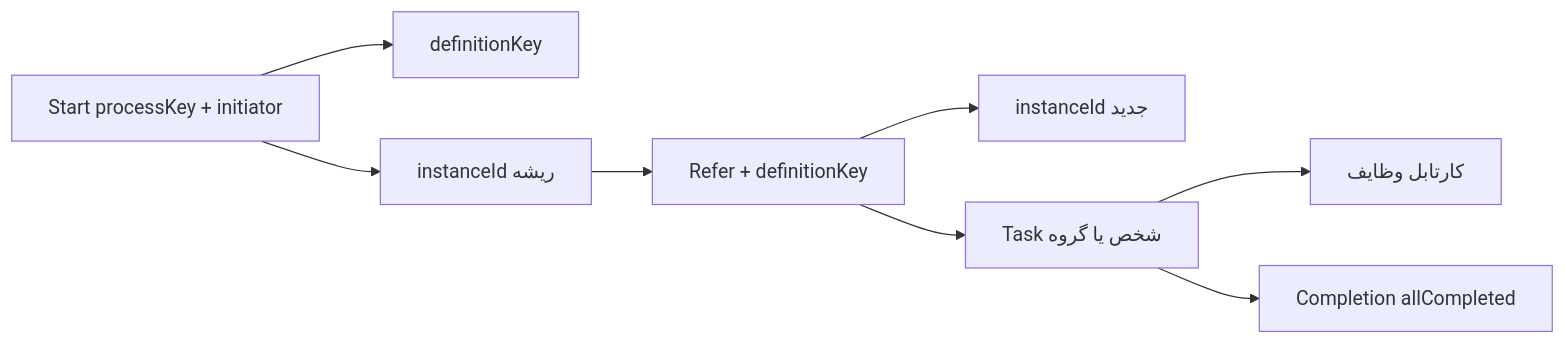
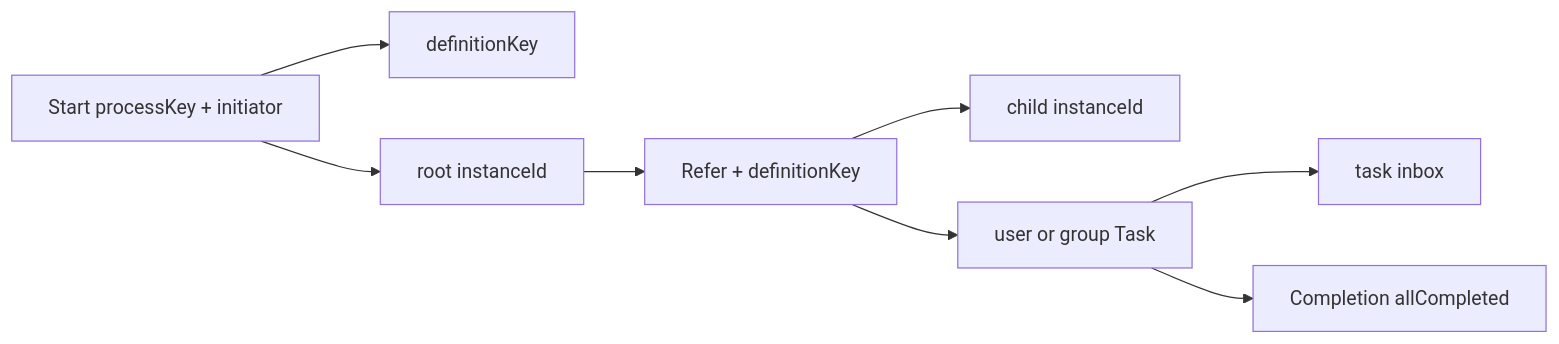
Before and after one commit to mortenaho/WorkFlowEngine: the first of 5 diagrams in docs/architecture.md, drawn with Mermaid. The commit also changed other lines of this file and 3 other files, not shown here.

````diff
--- a/docs/architecture.md
+++ b/docs/architecture.md
@@ -89,11 +109,11 @@
 ```mermaid
 flowchart LR
   start[Start processKey + initiator]
   start --> def[definitionKey]
-  start --> root[instanceId ریشه]
+  start --> root[root instanceId]
   root --> refer[Refer + definitionKey]
-  refer --> child[instanceId جدید]
-  refer --> tasks[Task شخص یا گروه]
-  tasks --> inbox[کارتابل وظایف]
+  refer --> child[child instanceId]
+  refer --> tasks[user or group Task]
+  tasks --> inbox[task inbox]
   tasks --> done[Completion allCompleted]
 ```
````
